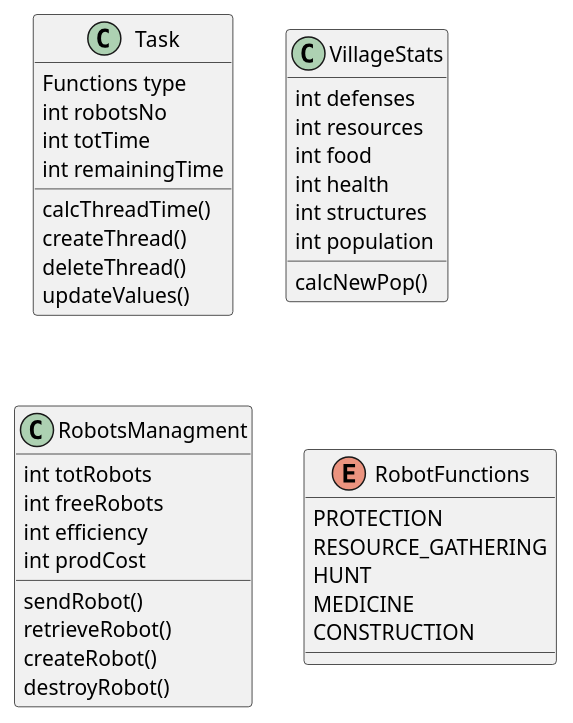
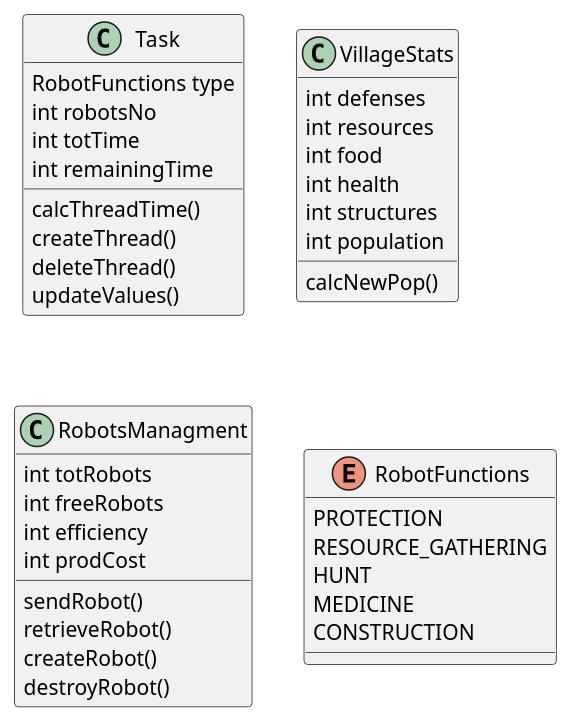
The diagram in extras/uml.wsd (AraujoVE/OSRobotsGame), drawn with PlantUML before and after one commit. The commit also changed 4 other files, not shown here.

```diff
--- a/extras/uml.wsd
+++ b/extras/uml.wsd
@@ -1,42 +1,42 @@
 @startuml
 
 class Task{
-    Functions type
+    RobotFunctions type
     int robotsNo
     int totTime
     int remainingTime
 
     calcThreadTime()
     createThread()
     deleteThread()
     updateValues()
 }
 class VillageStats{
     int defenses
     int resources
     int food     
     int health
     int structures
     int population
 
     calcNewPop()
 }
 class RobotsManagment{
     int totRobots
     int freeRobots
     int efficiency
     int prodCost
 
     sendRobot()
     retrieveRobot()
     createRobot()
     destroyRobot()
 }
 enum RobotFunctions{
     PROTECTION
     RESOURCE_GATHERING
     HUNT
     MEDICINE
     CONSTRUCTION
 }
 @enduml
```
